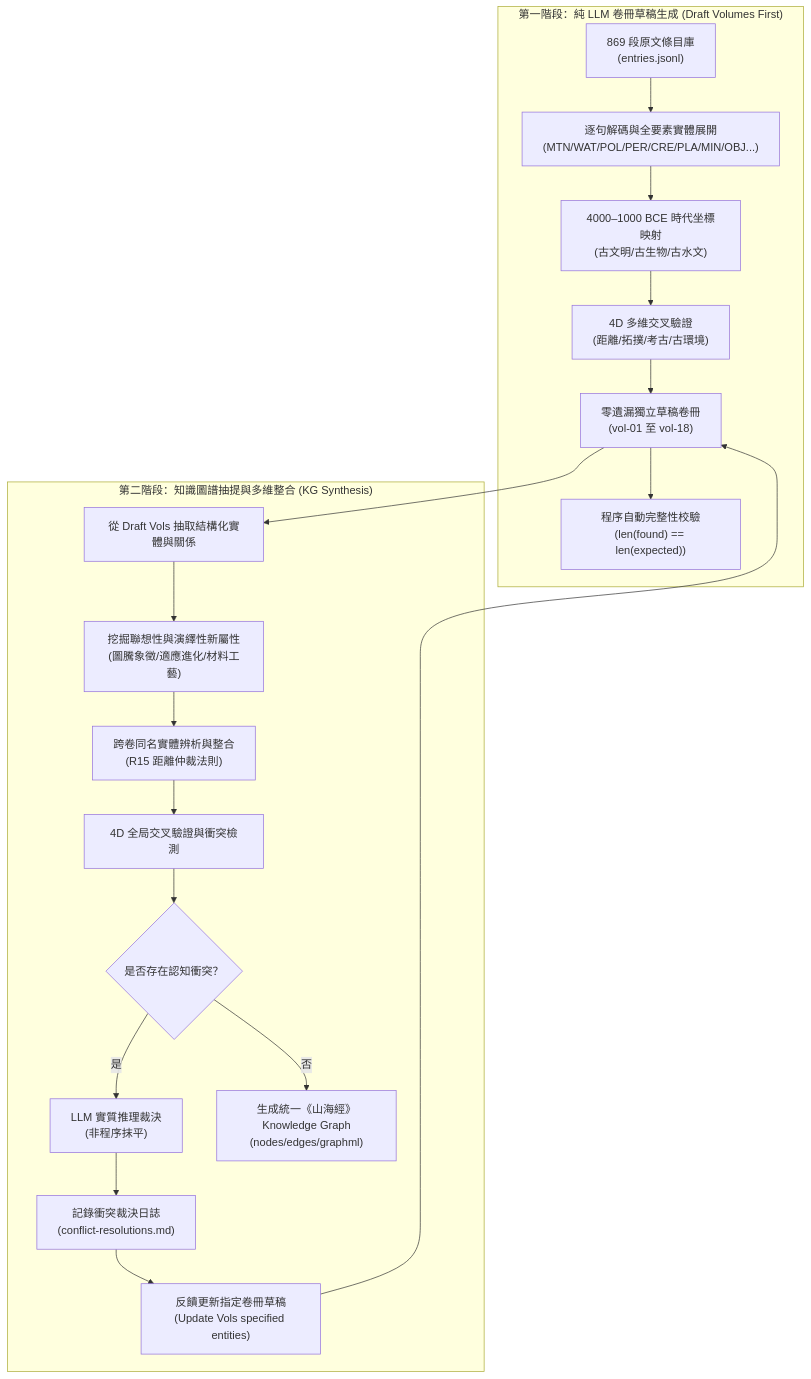
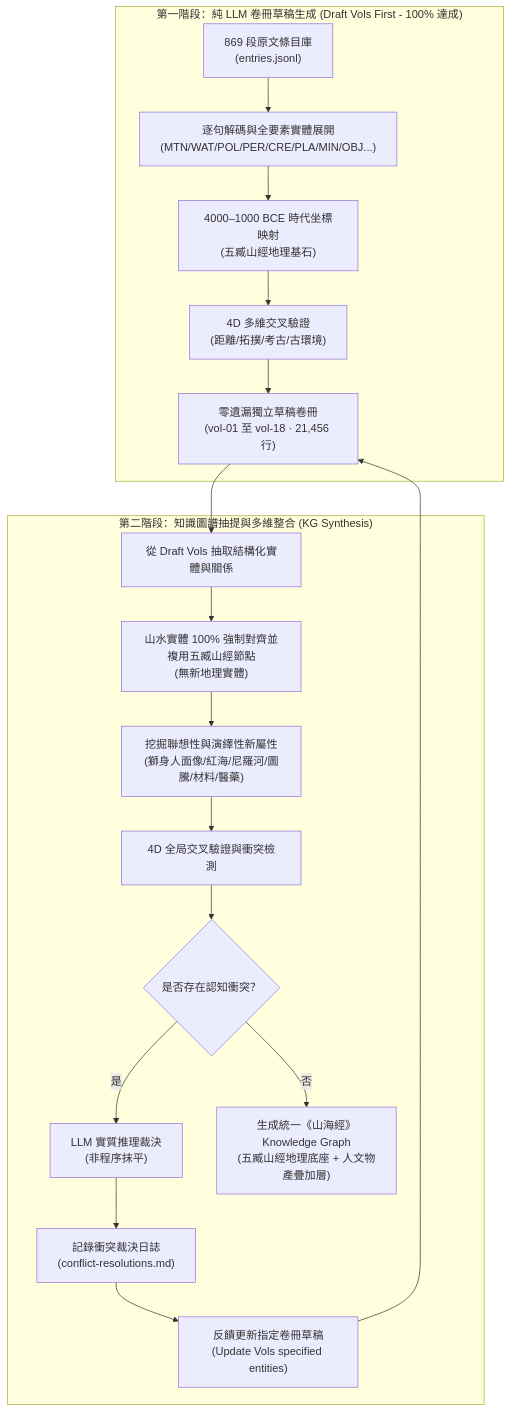
Before and after one commit to javajoker/mythos: the diagram in .claude/skills/shj-era-mapping/SKILL.md, drawn with Mermaid. The commit also changed other lines of this file and 16 other files, not shown here.

````diff
--- a/.claude/skills/shj-era-mapping/SKILL.md
+++ b/.claude/skills/shj-era-mapping/SKILL.md
@@ -23,23 +38,22 @@
 ```mermaid
 flowchart TD
-    subgraph Phase1["第一階段：純 LLM 卷冊草稿生成 (Draft Volumes First)"]
+    subgraph Phase1["第一階段：純 LLM 卷冊草稿生成 (Draft Vols First - 100% 達成)"]
         A["869 段原文條目庫<br/>(entries.jsonl)"] --> B["逐句解碼與全要素實體展開<br/>(MTN/WAT/POL/PER/CRE/PLA/MIN/OBJ...)"]
-        B --> C["4000–1000 BCE 時代坐標映射<br/>(古文明/古生物/古水文)"]
+        B --> C["4000–1000 BCE 時代坐標映射<br/>(五臧山經地理基石)"]
         C --> D["4D 多維交叉驗證<br/>(距離/拓撲/考古/古環境)"]
-        D --> E["零遺漏獨立草稿卷冊<br/>(vol-01 至 vol-18)"]
-        E --> F["程序自動完整性校驗<br/>(len(found) == len(expected))"]
+        D --> E["零遺漏獨立草稿卷冊<br/>(vol-01 至 vol-18 · 21,456 行)"]
     end
 
     subgraph Phase2["第二階段：知識圖譜抽提與多維整合 (KG Synthesis)"]
-        E --> G["從 Draft Vols 抽取結構化實體與關係"]
-        G --> H["挖掘聯想性與演繹性新屬性<br/>(圖騰象徵/適應進化/材料工藝)"]
-        H --> I["跨卷同名實體辨析與整合<br/>(R15 距離仲裁法則)"]
-        I --> J["4D 全局交叉驗證與衝突檢測"]
-        J --> K{"是否存在認知衝突？"}
-        K -- "是" --> L["LLM 實質推理裁決<br/>(非程序抹平)"]
-        L --> M["記錄衝突裁決日誌<br/>(conflict-resolutions.md)"]
-        M --> N["反饋更新指定卷冊草稿<br/>(Update Vols specified entities)"]
-        N --> E
-        K -- "否" --> O["生成統一《山海經》Knowledge Graph<br/>(nodes/edges/graphml)"]
+        E --> F["從 Draft Vols 抽取結構化實體與關係"]
+        F --> G["山水實體 100% 強制對齊並複用五臧山經節點<br/>(無新地理實體)"]
+        G --> H["挖掘聯想性與演繹性新屬性<br/>(獅身人面像/紅海/尼羅河/圖騰/材料/醫藥)"]
+        H --> I["4D 全局交叉驗證與衝突檢測"]
+        I --> J{"是否存在認知衝突？"}
+        J -- "是" --> K["LLM 實質推理裁決<br/>(非程序抹平)"]
+        K --> L["記錄衝突裁決日誌<br/>(conflict-resolutions.md)"]
+        L --> M["反饋更新指定卷冊草稿<br/>(Update Vols specified entities)"]
+        M --> E
+        J -- "否" --> N["生成統一《山海經》Knowledge Graph<br/>(五臧山經地理底座 + 人文物產疊加層)"]
     end
 ```
````
